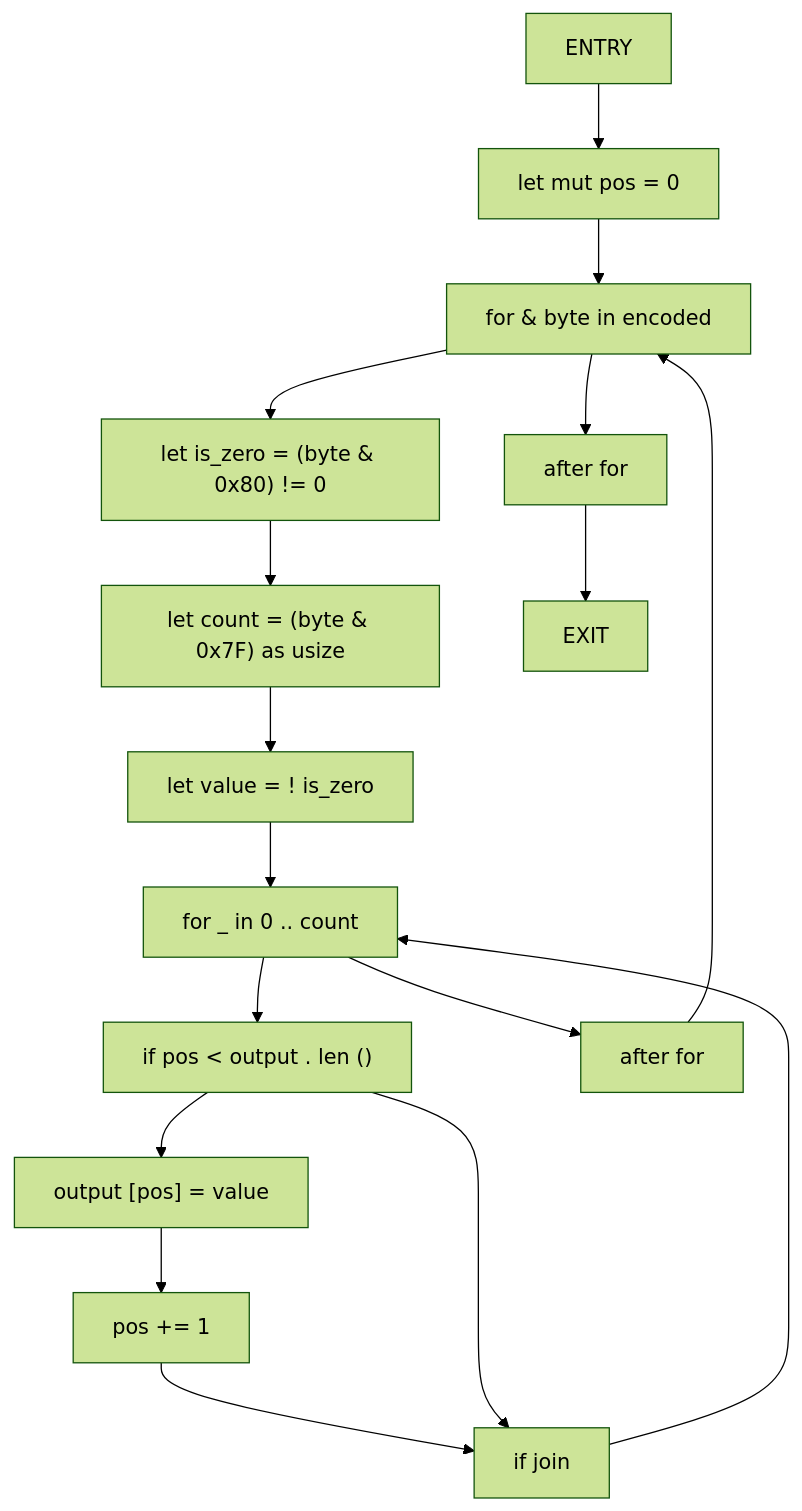
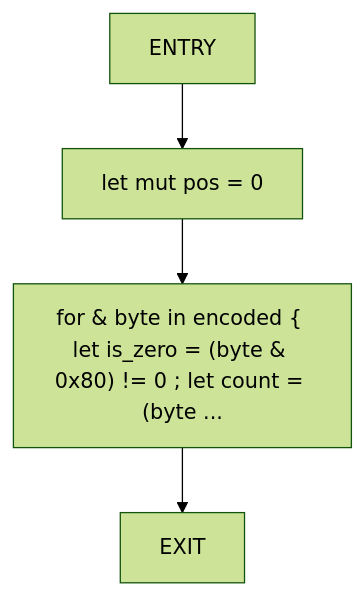
Before and after one commit to cicero-violate/MMSB: the ninth of 40 diagrams in docs/analysis/cfg/010-src-01_page.md, drawn with Mermaid (forest theme). The commit also changed other lines of this file and 865 other files, not shown here.

````diff
--- a/docs/analysis/cfg/010-src-01_page.md
+++ b/docs/analysis/cfg/010-src-01_page.md
@@ -318,33 +240,10 @@
 ```mermaid
 flowchart TD
     decode_rle_0["ENTRY"]
     decode_rle_1["let mut pos = 0"]
-    decode_rle_2["for & byte in encoded"]
-    decode_rle_3["let is_zero = (byte & 0x80) != 0"]
-    decode_rle_4["let count = (byte & 0x7F) as usize"]
-    decode_rle_5["let value = ! is_zero"]
-    decode_rle_6["for _ in 0 .. count"]
-    decode_rle_7["if pos < output . len ()"]
-    decode_rle_8["output [pos] = value"]
-    decode_rle_9["pos += 1"]
-    decode_rle_10["if join"]
-    decode_rle_11["after for"]
-    decode_rle_12["after for"]
-    decode_rle_13["EXIT"]
+    decode_rle_2["for & byte in encoded { let is_zero = (byte & 0x80) != 0 ; let count = (byte ..."]
+    decode_rle_3["EXIT"]
     decode_rle_0 --> decode_rle_1
     decode_rle_1 --> decode_rle_2
     decode_rle_2 --> decode_rle_3
-    decode_rle_3 --> decode_rle_4
-    decode_rle_4 --> decode_rle_5
-    decode_rle_5 --> decode_rle_6
-    decode_rle_6 --> decode_rle_7
-    decode_rle_7 --> decode_rle_8
-    decode_rle_8 --> decode_rle_9
-    decode_rle_9 --> decode_rle_10
-    decode_rle_7 --> decode_rle_10
-    decode_rle_10 --> decode_rle_6
-    decode_rle_6 --> decode_rle_11
-    decode_rle_11 --> decode_rle_2
-    decode_rle_2 --> decode_rle_12
-    decode_rle_12 --> decode_rle_13
 ```
````
